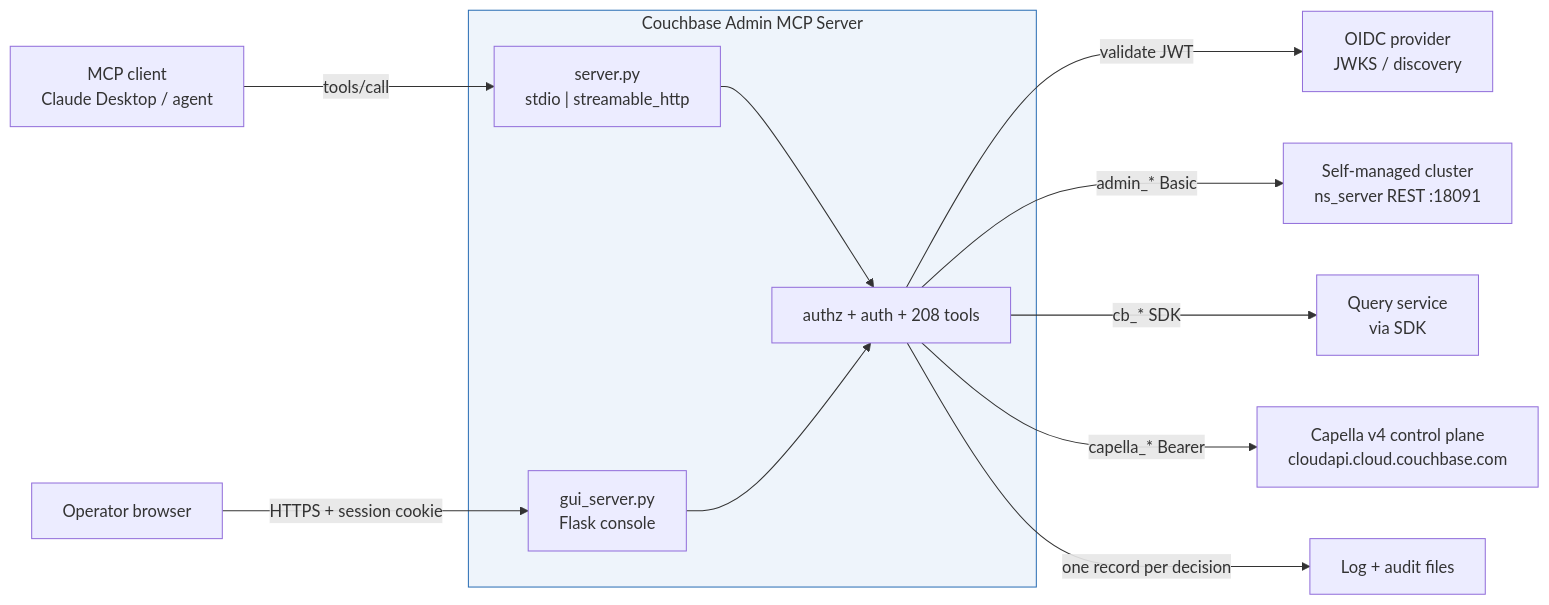
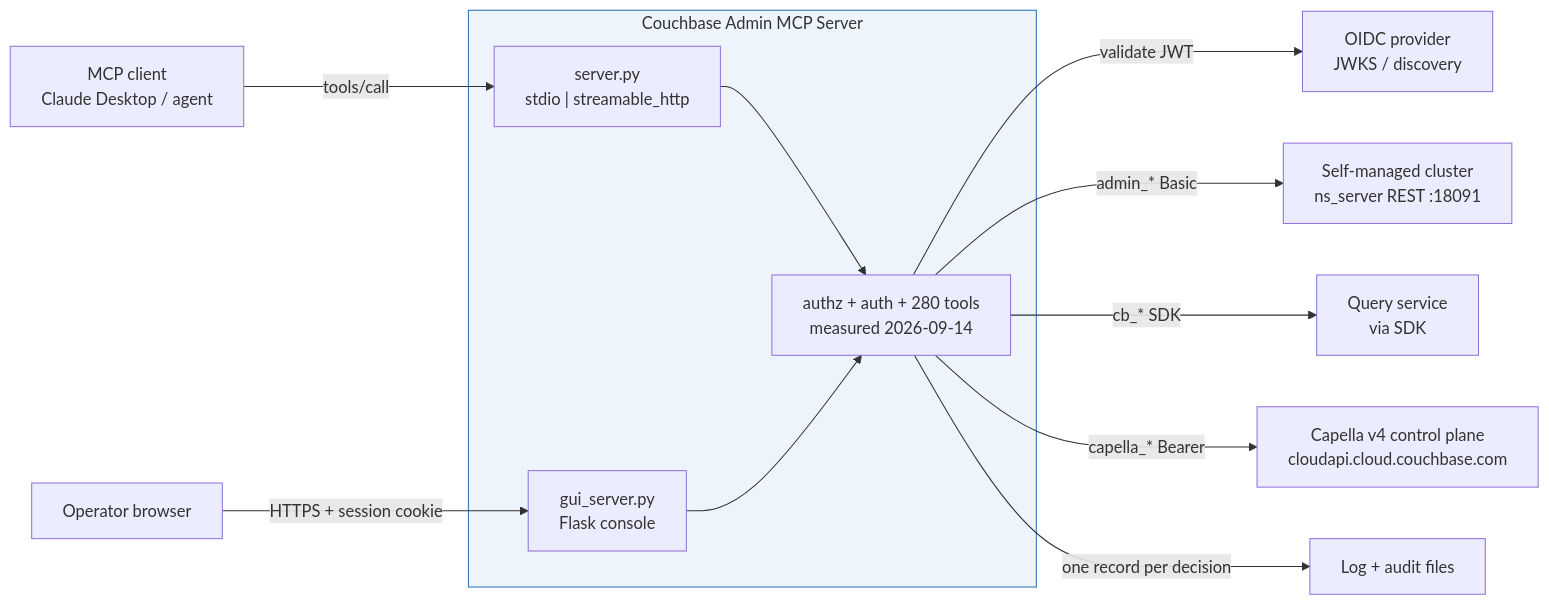
The diagram in docs/diagrams-src/01_context.mmd (Couchbase-Ecosystem/couchbase_admin_mcp_server), drawn with Mermaid before and after one commit. The commit also changed 29 other files, not shown here.

```diff
--- a/docs/diagrams-src/01_context.mmd
+++ b/docs/diagrams-src/01_context.mmd
@@ -1,23 +1,23 @@
 graph LR
   A["MCP client<br/>Claude Desktop / agent"]
   B["Operator browser"]
   subgraph Server["Couchbase Admin MCP Server"]
     MCP["server.py<br/>stdio | streamable_http"]
     GUI["gui_server.py<br/>Flask console"]
-    CORE["authz + auth + 208 tools"]
+    CORE["authz + auth + 280 tools<br/>measured 2026-09-14"]
     MCP --> CORE
     GUI --> CORE
   end
   IDP["OIDC provider<br/>JWKS / discovery"]
   NS["Self-managed cluster<br/>ns_server REST :18091"]
   QRY["Query service<br/>via SDK"]
   CAP["Capella v4 control plane<br/>cloudapi.cloud.couchbase.com"]
   LOG["Log + audit files"]
   A -->|"tools/call"| MCP
   B -->|"HTTPS + session cookie"| GUI
   CORE -->|"validate JWT"| IDP
   CORE -->|"admin_*  Basic"| NS
   CORE -->|"cb_*  SDK"| QRY
   CORE -->|"capella_*  Bearer"| CAP
   CORE -->|"one record per decision"| LOG
   style Server fill:#eef4fb,stroke:#2c6fb5
```
